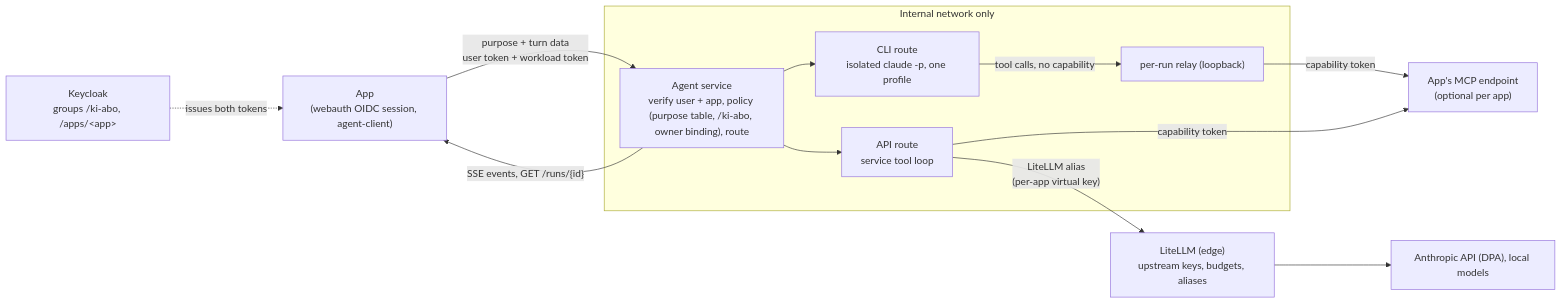
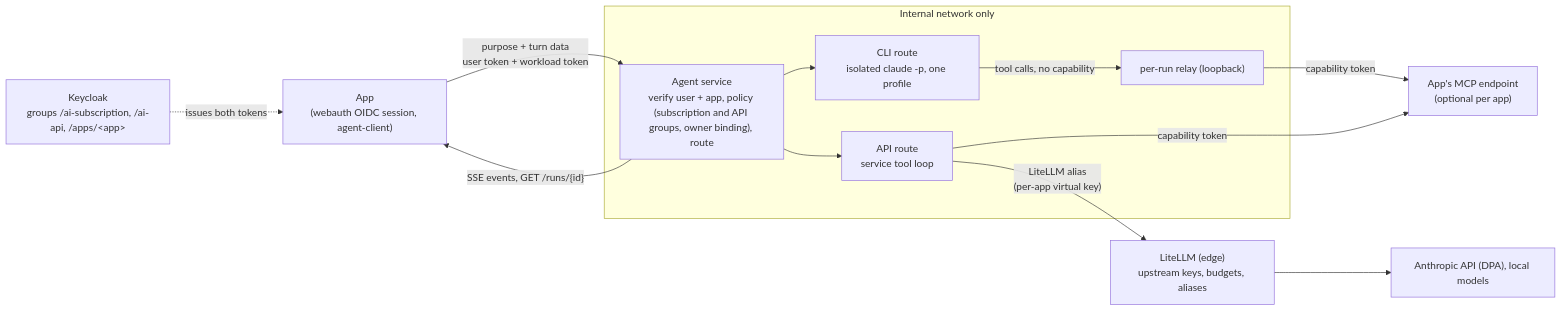
Before and after one commit to overnightworks/agent-providers: the diagram in docs/decisions/0001-agent-service.md, drawn with Mermaid. The commit also changed other lines of this file and 16 other files, not shown here.

First line of the commit message:
Route by the subscription and API groups and remove the purpose table

````diff
--- a/docs/decisions/0001-agent-service.md
+++ b/docs/decisions/0001-agent-service.md
@@ -31,25 +31,25 @@
 ```mermaid
 flowchart LR
     App["App<br/>(webauth OIDC session, agent-client)"]
-    KC["Keycloak<br/>groups /ki-abo, /apps/&lt;app&gt;"]
+    KC["Keycloak<br/>groups /ai-subscription, /ai-api, /apps/&lt;app&gt;"]
     subgraph internal["Internal network only"]
-        Svc["Agent service<br/>verify user + app, policy (purpose table, /ki-abo, owner binding), route"]
+        Svc["Agent service<br/>verify user + app, policy (subscription and API groups, owner binding), route"]
         CLI["CLI route<br/>isolated claude -p, one profile"]
         Relay["per-run relay (loopback)"]
         API["API route<br/>service tool loop"]
     end
     LLM["LiteLLM (edge)<br/>upstream keys, budgets, aliases"]
     Up["Anthropic API (DPA), local models"]
     MCP["App's MCP endpoint<br/>(optional per app)"]
 
     App -- "purpose + turn data<br/>user token + workload token" --> Svc
     KC -. "issues both tokens" .-> App
     Svc --> CLI
     Svc --> API
     API -- "LiteLLM alias<br/>(per-app virtual key)" --> LLM
     LLM --> Up
     CLI -- "tool calls, no capability" --> Relay
     Relay -- "capability token" --> MCP
     API -- "capability token" --> MCP
     Svc -- "SSE events, GET /runs/{id}" --> App
 ```
````
